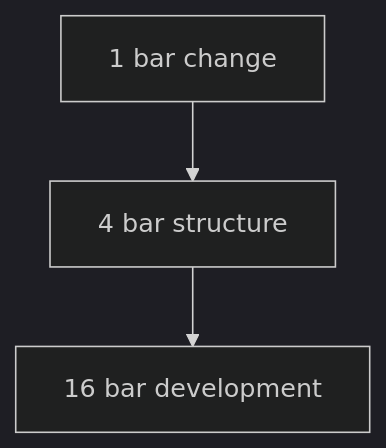
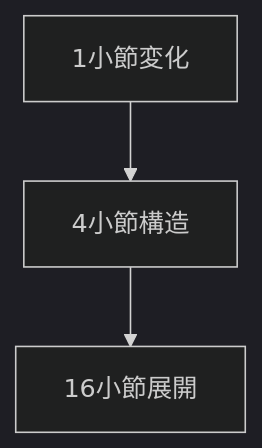
One commit to monumental-movement/monumental-movement.github.io changed the second of 3 diagrams in en/_posts/2026-02-06-column-rhythm-programming.md. Above: the diagram before and after it, drawn with Mermaid (dark theme). The commit also changed other lines of this file and 2196 other files, not shown here.

```diff
--- a/en/_posts/2026-02-06-column-rhythm-programming.md
+++ b/en/_posts/2026-02-06-column-rhythm-programming.md
@@ -269,5 +269,5 @@
 <div class="mermaid">
 graph TD
-A[1 bar change] --> B[4 bar structure]
-B --> C[16 bar development]
+A[1小節変化] --> B[4小節構造]
+B --> C[16小節展開]
 </div>
```
